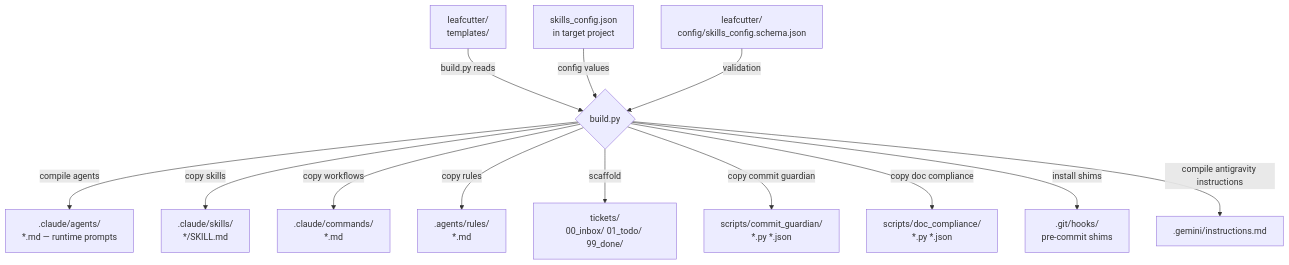
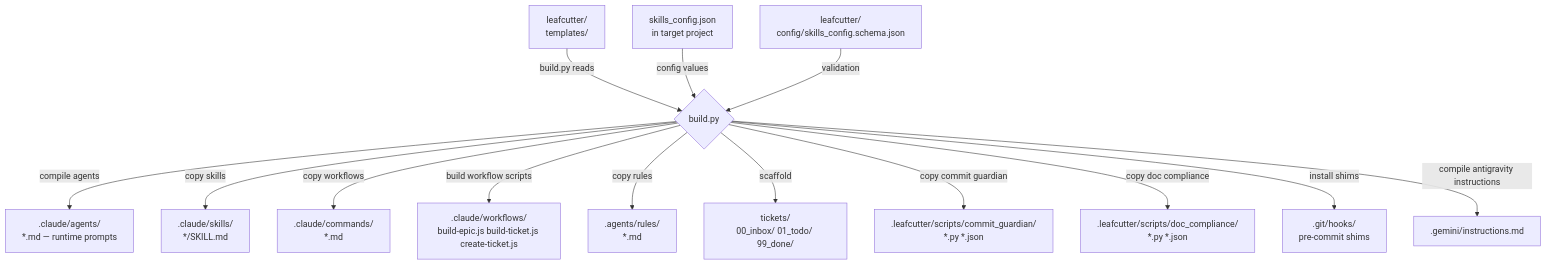
The first of 3 diagrams in docs/build-pipeline.md (urlmonitor/leafcutter-ai), drawn with Mermaid before and after one commit. The commit also changed 4 other files, not shown here.

First line of the commit message:
docs: add workflow scripts documentation and developer checklist

````diff
--- a/docs/build-pipeline.md
+++ b/docs/build-pipeline.md
@@ -10,16 +10,17 @@
 ```mermaid
 graph TD
     A[leafcutter/\ntemplates/] -->|build.py reads| B{build.py}
     C[skills_config.json\nin target project] -->|config values| B
     D[leafcutter/\nconfig/skills_config.schema.json] -->|validation| B
 
     B -->|compile agents| E[.claude/agents/\n*.md — runtime prompts]
     B -->|copy skills| F[.claude/skills/\n*/SKILL.md]
     B -->|copy workflows| G[.claude/commands/\n*.md]
+    B -->|build workflow scripts| N[.claude/workflows/\nbuild-epic.js build-ticket.js create-ticket.js]
     B -->|copy rules| H[.agents/rules/\n*.md]
     B -->|scaffold| I[tickets/\n00_inbox/ 01_todo/ 99_done/]
-    B -->|copy commit guardian| J[scripts/commit_guardian/\n*.py *.json]
-    B -->|copy doc compliance| K[scripts/doc_compliance/\n*.py *.json]
+    B -->|copy commit guardian| J[.leafcutter/scripts/commit_guardian/\n*.py *.json]
+    B -->|copy doc compliance| K[.leafcutter/scripts/doc_compliance/\n*.py *.json]
     B -->|install shims| L[.git/hooks/\npre-commit shims]
     B -->|compile antigravity instructions| M[.gemini/instructions.md]
 ```
````
